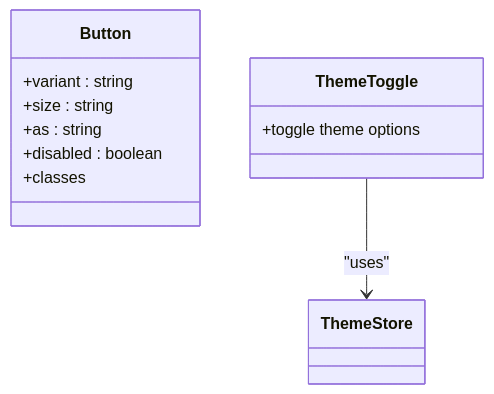
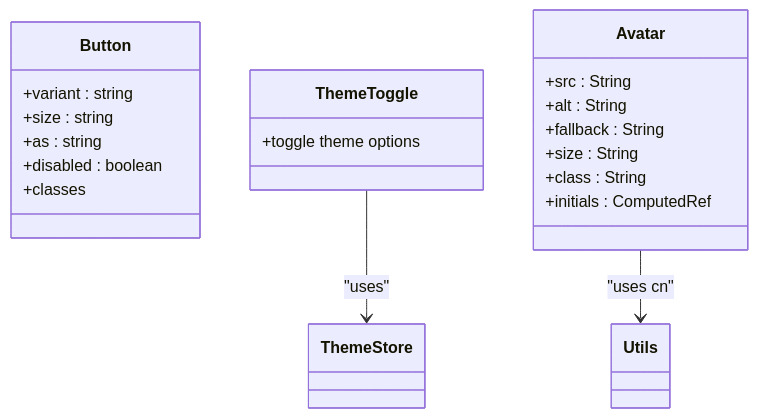
The ninth of 15 diagrams in .qoder/repowiki/en/content/Frontend Architecture/Frontend Architecture.md (Nikita5543/New-SSO-02), drawn with Mermaid before and after one commit. The commit also changed other lines of this file and 4 other files, not shown here.

````diff
--- a/.qoder/repowiki/en/content/Frontend Architecture/Frontend Architecture.md
+++ b/.qoder/repowiki/en/content/Frontend Architecture/Frontend Architecture.md
@@ -479,14 +514,23 @@
 ```mermaid
 classDiagram
 class Button {
 +variant : string
 +size : string
 +as : string
 +disabled : boolean
 +classes
 }
 class ThemeToggle {
 +toggle theme options
 }
+class Avatar {
++src : String
++alt : String
++fallback : String
++size : String
++class : String
++initials : ComputedRef
+}
 ThemeToggle --> ThemeStore : "uses"
+Avatar --> Utils : "uses cn"
 ```
````
